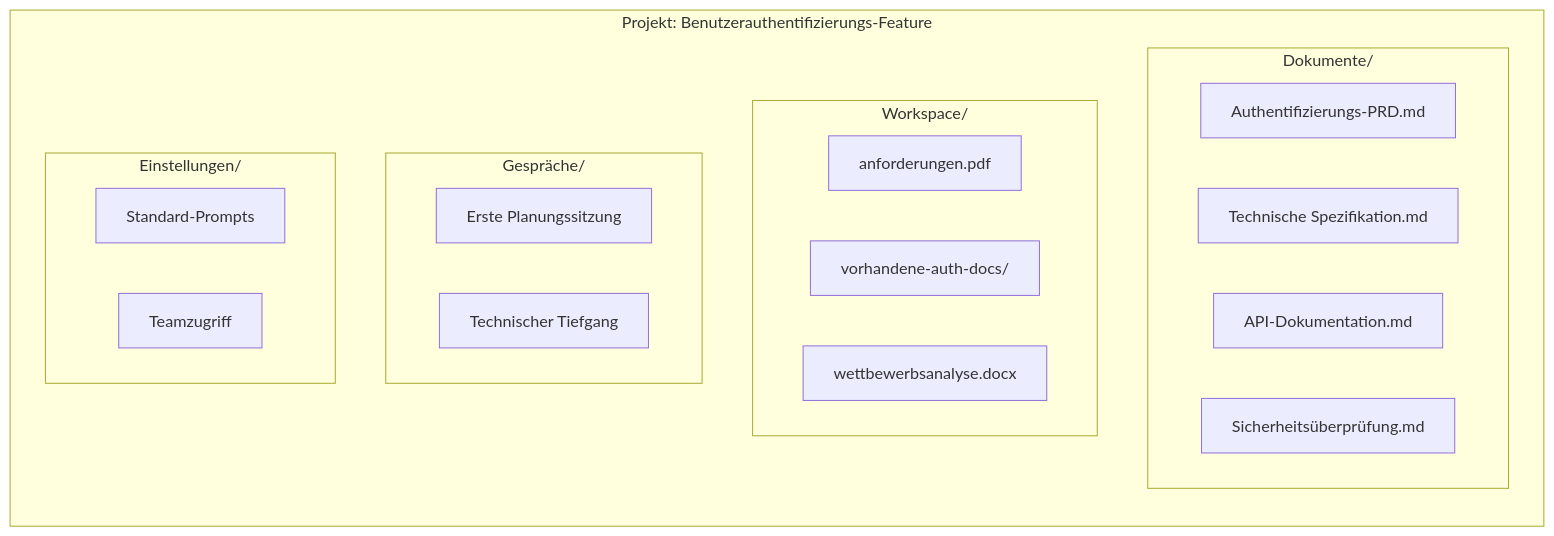
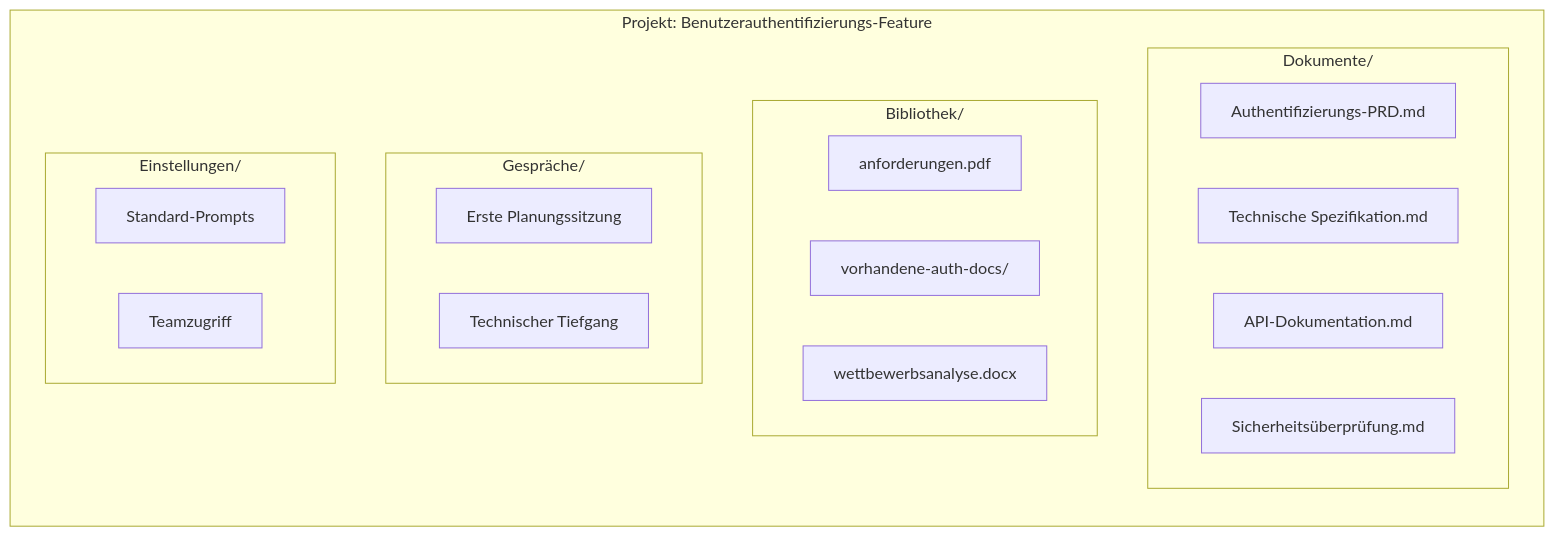
Before and after one commit to Fabric-Pro/fabric-oss: the diagram in apps/web/content/docs/features/projects.de.mdx, drawn with Mermaid. The commit also changed other lines of this file and 1129 other files, not shown here.

````diff
--- a/apps/web/content/docs/features/projects.de.mdx
+++ b/apps/web/content/docs/features/projects.de.mdx
@@ -58,29 +59,29 @@
 ```mermaid
 flowchart TB
     subgraph PROJECT["Projekt: Benutzerauthentifizierungs-Feature"]
         direction TB
 
         subgraph DOCS["Dokumente/"]
             D1["Authentifizierungs-PRD.md"]
             D2["Technische Spezifikation.md"]
             D3["API-Dokumentation.md"]
             D4["Sicherheitsüberprüfung.md"]
         end
 
-        subgraph WS["Workspace/"]
+        subgraph WS["Bibliothek/"]
             W1["anforderungen.pdf"]
             W2["vorhandene-auth-docs/"]
             W3["wettbewerbsanalyse.docx"]
         end
 
         subgraph CONV["Gespräche/"]
             C1["Erste Planungssitzung"]
             C2["Technischer Tiefgang"]
         end
 
         subgraph SETTINGS["Einstellungen/"]
             S1["Standard-Prompts"]
             S2["Teamzugriff"]
         end
     end
 ```
````
